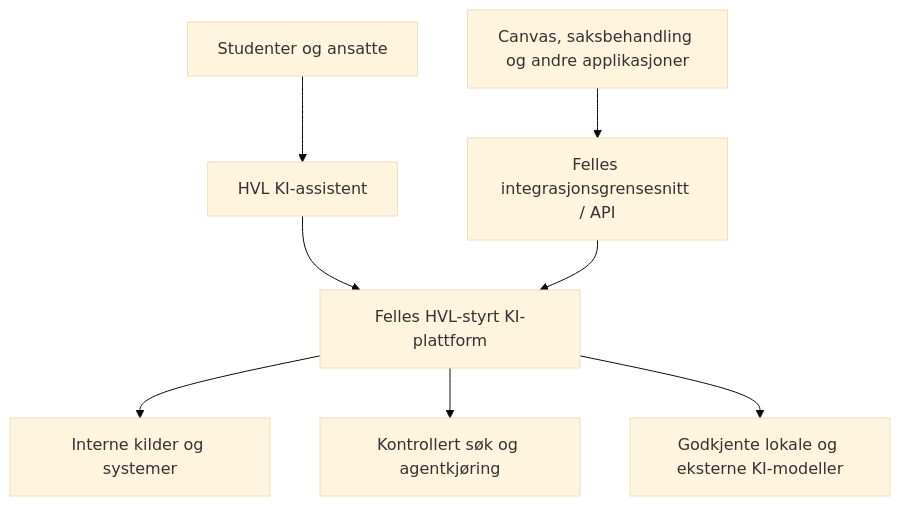
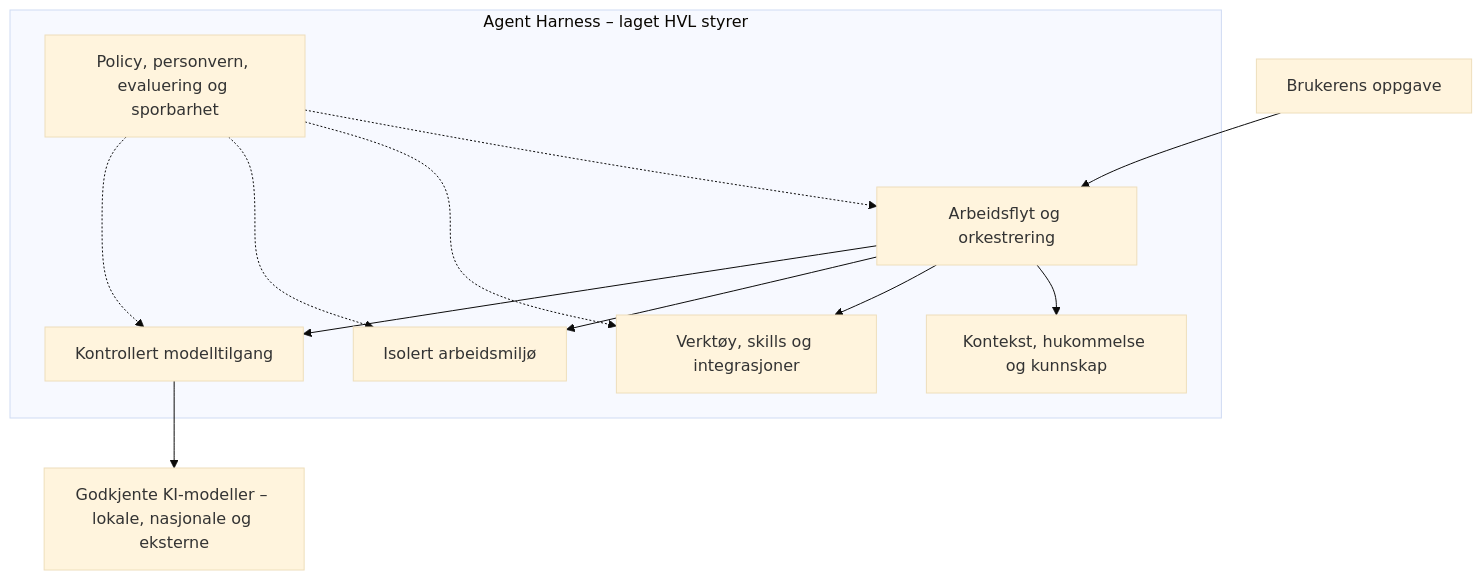
The diagram in docs/prodekanforum/beslutningsgrunnlag.mdx (IvarRosenbergHVL/hvl-ki-documentation), drawn with Mermaid (base theme) before and after one commit. The commit also changed other lines of this file and 7 other files, not shown here.

Commit message:
Streamline prodekanforum briefing and organize optional thematic reading around agent harness

````diff
--- a/docs/prodekanforum/beslutningsgrunnlag.mdx
+++ b/docs/prodekanforum/beslutningsgrunnlag.mdx
@@ -78,10 +26,16 @@
 ```mermaid
 flowchart TD
- U[Studenter og ansatte] --> C[HVL KI-assistent]
- A[Canvas, saksbehandling og andre applikasjoner] --> I[Felles integrasjonsgrensesnitt / API]
- C --> P[Felles HVL-styrt KI-plattform]
- I --> P
- P --> K[Interne kilder og systemer]
- P --> W[Kontrollert søk og agentkjøring]
- P --> M[Godkjente lokale og eksterne KI-modeller]
+ U[Brukerens oppgave] --> R
+ subgraph H[Agent Harness – laget HVL styrer]
+ R[Arbeidsflyt og orkestrering]
+ R --> C[Kontekst, hukommelse og kunnskap]
+ R --> T[Verktøy, skills og integrasjoner]
+ R --> X[Isolert arbeidsmiljø]
+ R --> G[Kontrollert modelltilgang]
+ P[Policy, personvern, evaluering og sporbarhet] -.-> R
+ P -.-> T
+ P -.-> X
+ P -.-> G
+ end
+ G --> M[Godkjente KI-modeller – lokale, nasjonale og eksterne]
 ```
````
